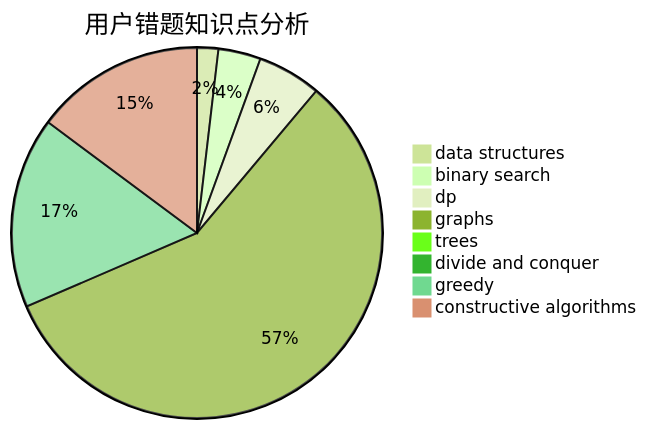
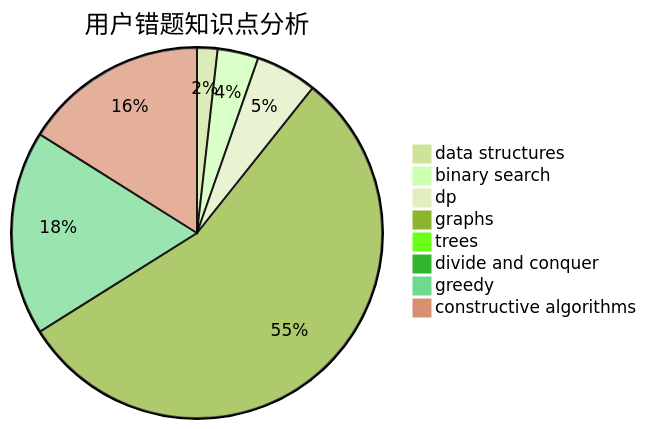
The third of 3 diagrams in docs/user/u2203.md (sherpahu/cfrs.github.io), drawn with Mermaid (forest theme) before and after one commit. The commit also changed other lines of this file and 2770 other files, not shown here.

````diff
--- a/docs/user/u2203.md
+++ b/docs/user/u2203.md
@@ -36,11 +36,11 @@
 ```mermaid
 pie title 用户错题知识点分析
     "data structures" :  1
     "binary search" :  2
     "dp" :  3
     "graphs" :  31
     "trees" :  0
     "divide and conquer" :  0
-    "greedy" :  9
-    "constructive algorithms" :  8
+    "greedy" :  10
+    "constructive algorithms" :  9
 ```
````
